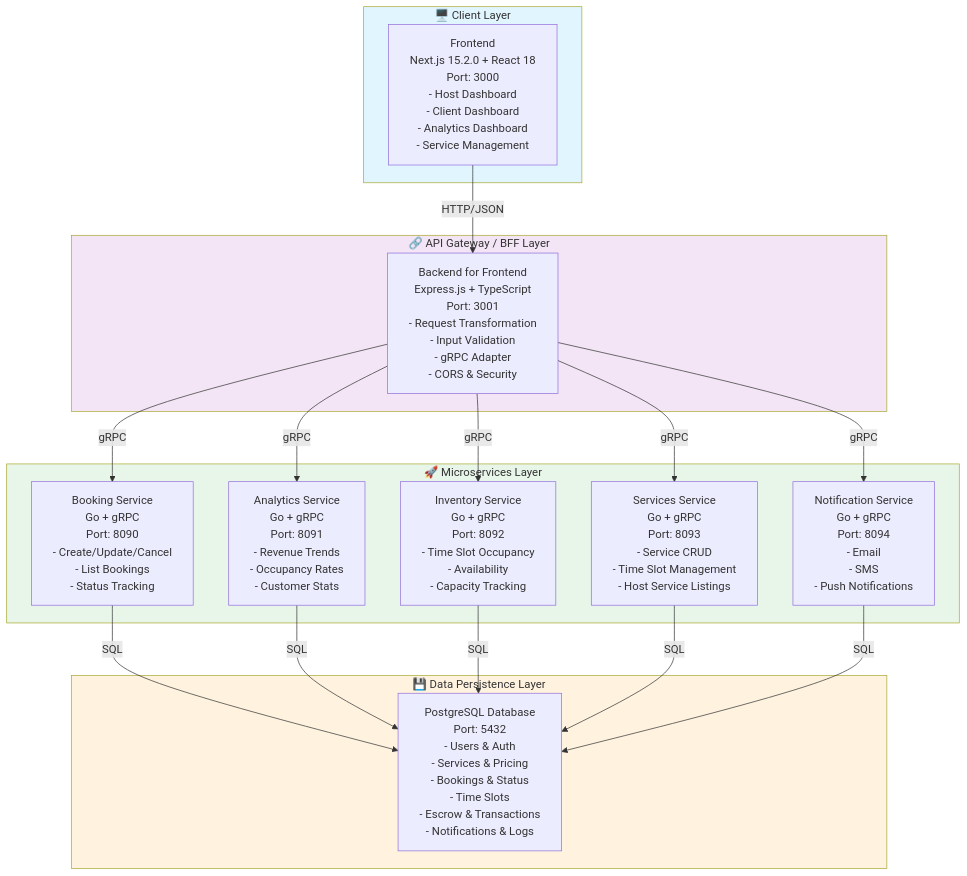
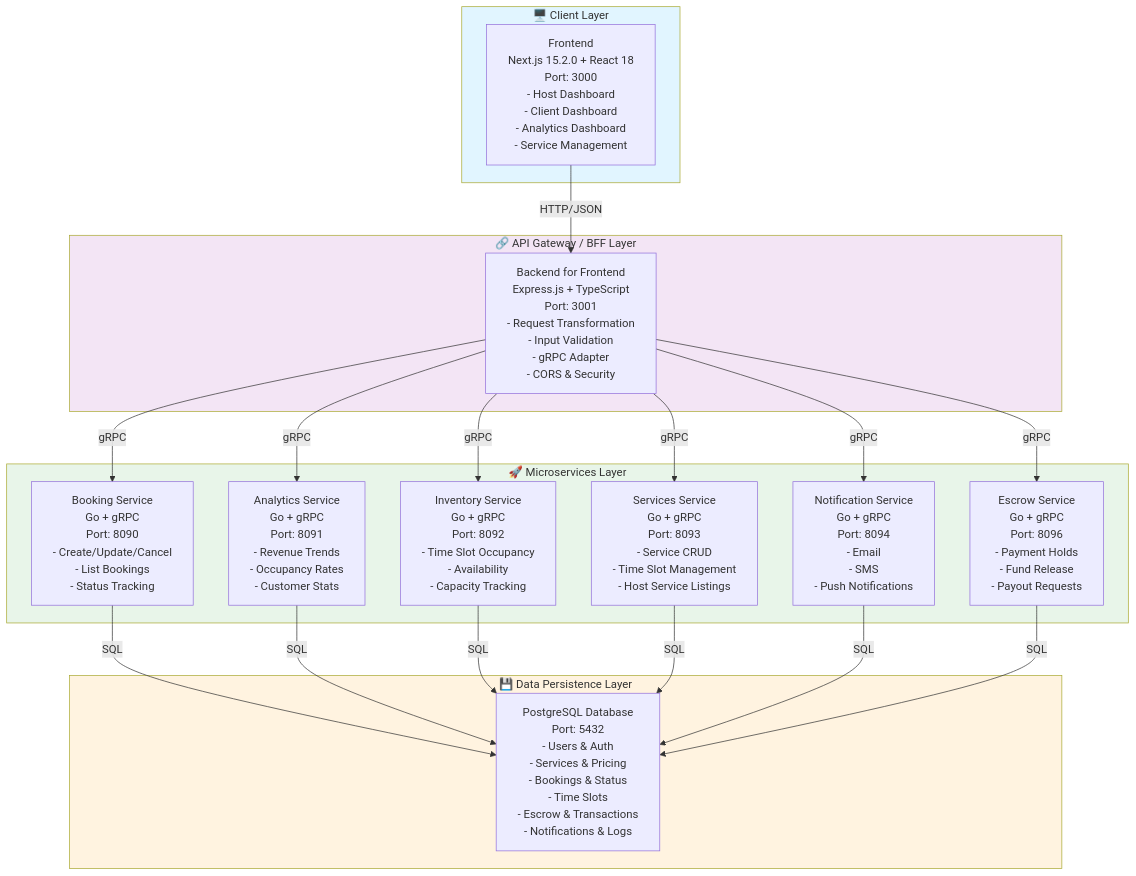
The first of 4 diagrams in docs/ARCHITECTURE.md (bshongwe/intelli-reserve), drawn with Mermaid before and after one commit. The commit also changed other lines of this file, not shown here.

Commit message:
feat: document Escrow Service architecture, responsibilities, and API routes in ARCHITECTURE.md

````diff
--- a/docs/ARCHITECTURE.md
+++ b/docs/ARCHITECTURE.md
@@ -7,39 +7,42 @@
 ```mermaid
 graph TB
     subgraph Client["🖥️ Client Layer"]
         FE["Frontend<br/>Next.js 15.2.0 + React 18<br/>Port: 3000<br/>- Host Dashboard<br/>- Client Dashboard<br/>- Analytics Dashboard<br/>- Service Management"]
     end
     
     subgraph BFF["🔗 API Gateway / BFF Layer"]
         BFFE["Backend for Frontend<br/>Express.js + TypeScript<br/>Port: 3001<br/>- Request Transformation<br/>- Input Validation<br/>- gRPC Adapter<br/>- CORS & Security"]
     end
     
     subgraph Services["🚀 Microservices Layer"]
         BS["Booking Service<br/>Go + gRPC<br/>Port: 8090<br/>- Create/Update/Cancel<br/>- List Bookings<br/>- Status Tracking"]
         AS["Analytics Service<br/>Go + gRPC<br/>Port: 8091<br/>- Revenue Trends<br/>- Occupancy Rates<br/>- Customer Stats"]
         IS["Inventory Service<br/>Go + gRPC<br/>Port: 8092<br/>- Time Slot Occupancy<br/>- Availability<br/>- Capacity Tracking"]
         SS["Services Service<br/>Go + gRPC<br/>Port: 8093<br/>- Service CRUD<br/>- Time Slot Management<br/>- Host Service Listings"]
         NS["Notification Service<br/>Go + gRPC<br/>Port: 8094<br/>- Email<br/>- SMS<br/>- Push Notifications"]
+        ES["Escrow Service<br/>Go + gRPC<br/>Port: 8096<br/>- Payment Holds<br/>- Fund Release<br/>- Payout Requests"]
     end
     
     subgraph Data["💾 Data Persistence Layer"]
         DB["PostgreSQL Database<br/>Port: 5432<br/>- Users & Auth<br/>- Services & Pricing<br/>- Bookings & Status<br/>- Time Slots<br/>- Escrow & Transactions<br/>- Notifications & Logs"]
     end
     
     FE -->|HTTP/JSON| BFFE
     BFFE -->|gRPC| BS
     BFFE -->|gRPC| AS
     BFFE -->|gRPC| IS
     BFFE -->|gRPC| SS
     BFFE -->|gRPC| NS
+    BFFE -->|gRPC| ES
     BS -->|SQL| DB
     AS -->|SQL| DB
     IS -->|SQL| DB
     SS -->|SQL| DB
     NS -->|SQL| DB
+    ES -->|SQL| DB
     
     style Client fill:#e1f5ff
     style BFF fill:#f3e5f5
     style Services fill:#e8f5e9
     style Data fill:#fff3e0
 ```
````
